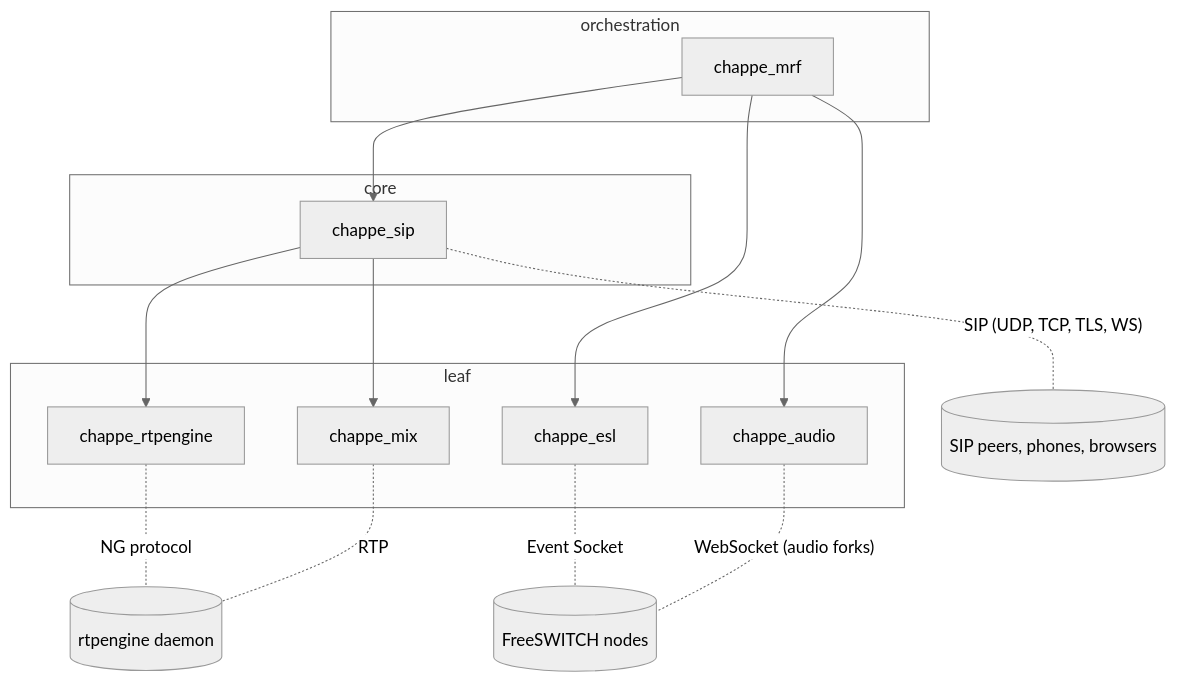
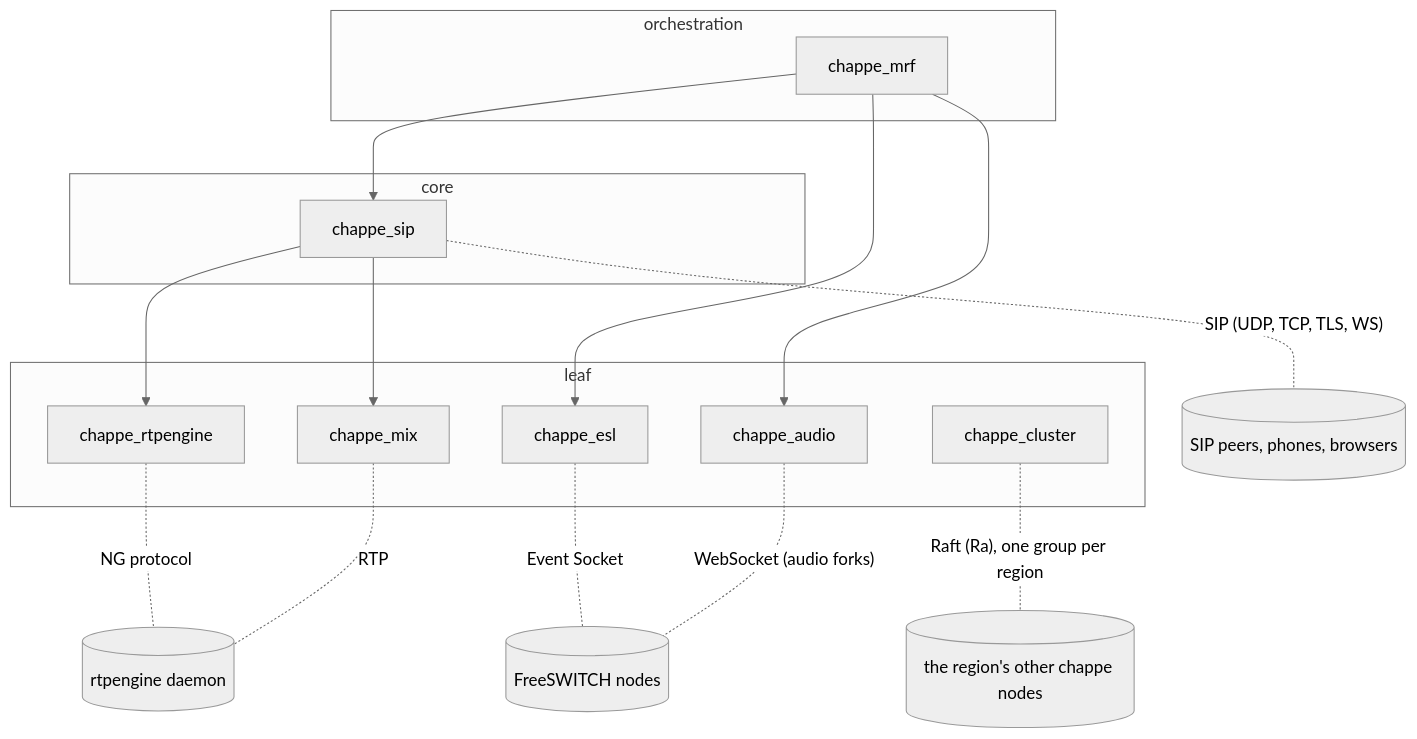
One commit to benoitc/chappe changed the first of 7 diagrams in docs/architecture.md. Above: the diagram before and after it, drawn with Mermaid (neutral theme). The commit also changed other lines of this file and 8 other files, not shown here.

````diff
--- a/docs/architecture.md
+++ b/docs/architecture.md
@@ -19,25 +19,27 @@
 ```mermaid
 flowchart TB
     subgraph orchestration
         mrf[chappe_mrf]
     end
     subgraph core
         sip[chappe_sip]
     end
     subgraph leaf
         rtpe[chappe_rtpengine]
         mix[chappe_mix]
         esl[chappe_esl]
         audio[chappe_audio]
+        cluster[chappe_cluster]
     end
     mrf --> sip
     mrf --> esl
     mrf --> audio
     sip --> rtpe
     sip --> mix
     sip -. "SIP (UDP, TCP, TLS, WS)" .- peers[(SIP peers, phones, browsers)]
     rtpe -. "NG protocol" .- rtpengine[(rtpengine daemon)]
     esl -. "Event Socket" .- fs[(FreeSWITCH nodes)]
     mix -. "RTP" .- rtpengine
     audio -. "WebSocket (audio forks)" .- fs
+    cluster -. "Raft (Ra), one group per region" .- nodes[(the region's other chappe nodes)]
 ```
````
